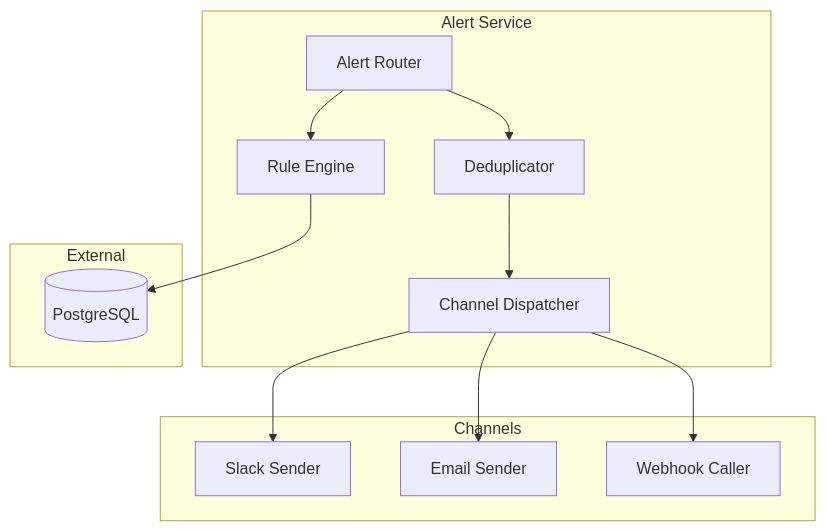
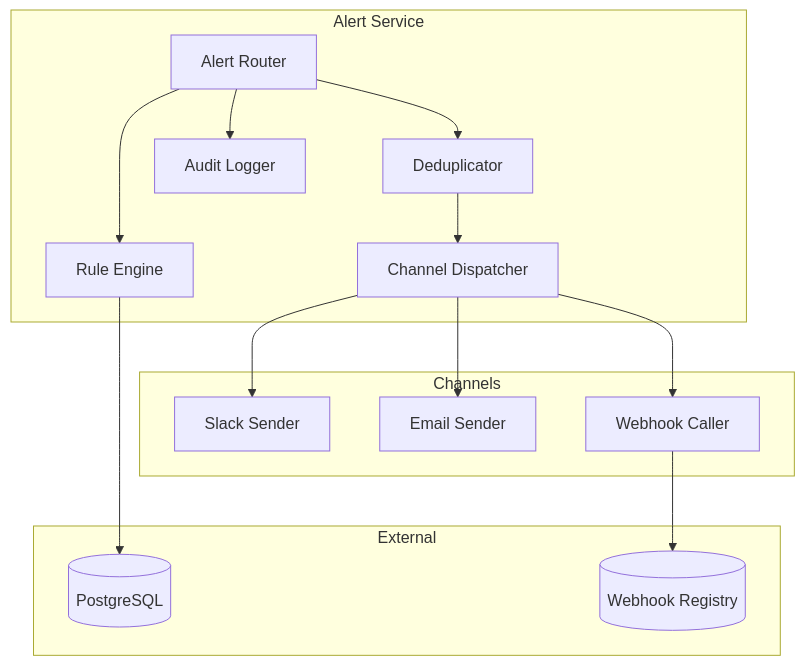
One commit to 0Ankit0/Project-Ideas changed the second of 2 diagrams in Anomaly Detection System/detailed-design/c4-component.md. Above: the diagram before and after it, drawn with Mermaid. The commit also changed other lines of this file and 24 other files, not shown here.

````diff
--- a/Anomaly Detection System/detailed-design/c4-component.md
+++ b/Anomaly Detection System/detailed-design/c4-component.md
@@ -37,27 +37,31 @@
 ```mermaid
 graph TB
     subgraph "Alert Service"
         ROUTER[Alert Router]
         RULES[Rule Engine]
         DEDUP[Deduplicator]
         CHANNELS[Channel Dispatcher]
+        AUDIT[Audit Logger]
     end
     
     subgraph "Channels"
         SLACK[Slack Sender]
         EMAIL[Email Sender]
         WEBHOOK[Webhook Caller]
     end
     
     subgraph "External"
         DB[(PostgreSQL)]
+        WH_REG[(Webhook Registry)]
     end
     
     ROUTER --> RULES
     ROUTER --> DEDUP
     DEDUP --> CHANNELS
     CHANNELS --> SLACK
     CHANNELS --> EMAIL
     CHANNELS --> WEBHOOK
     RULES --> DB
+    ROUTER --> AUDIT
+    WEBHOOK --> WH_REG
 ```
````
